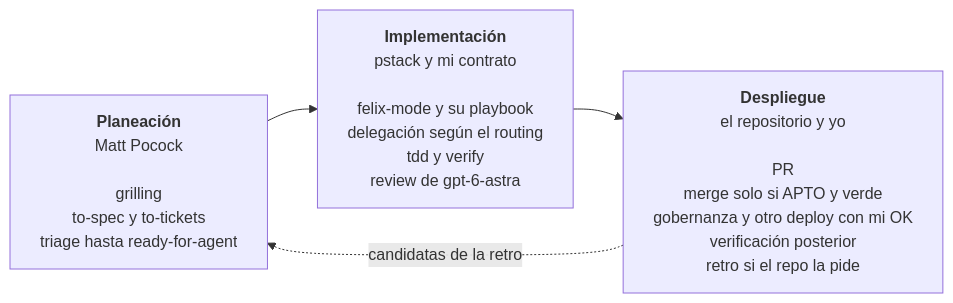
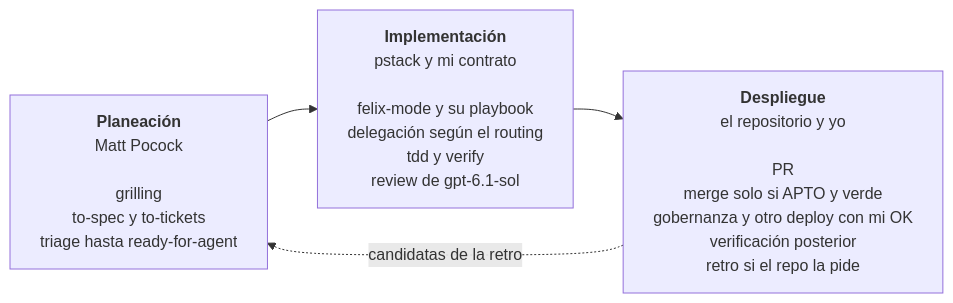
Before and after one commit to Cosmonaut-itc/felix-agent-engineering: the diagram in README.md, drawn with Mermaid. The commit also changed other lines of this file and 8 other files, not shown here.

First line of the commit message:
feat(routing): gpt-6.1-sol en high revisa los cambios (#37)

````diff
--- a/README.md
+++ b/README.md
@@ -20,13 +20,13 @@
 ```mermaid
 ---
 config:
   flowchart:
     wrappingWidth: 320
 ---
 flowchart LR
   P["<b>Planeación</b><br/>Matt Pocock<br/><br/>grilling<br/>to-spec y to-tickets<br/>triage hasta ready-for-agent"]
-  I["<b>Implementación</b><br/>pstack y mi contrato<br/><br/>felix-mode y su playbook<br/>delegación según el routing<br/>tdd y verify<br/>review de gpt-6-astra"]
+  I["<b>Implementación</b><br/>pstack y mi contrato<br/><br/>felix-mode y su playbook<br/>delegación según el routing<br/>tdd y verify<br/>review de gpt-6.1-sol"]
   D["<b>Despliegue</b><br/>el repositorio y yo<br/><br/>PR<br/>merge solo si APTO y verde<br/>gobernanza y otro deploy con mi OK<br/>verificación posterior<br/>retro si el repo la pide"]
   P --> I --> D
   D -.->|candidatas de la retro| P
 ```
````
